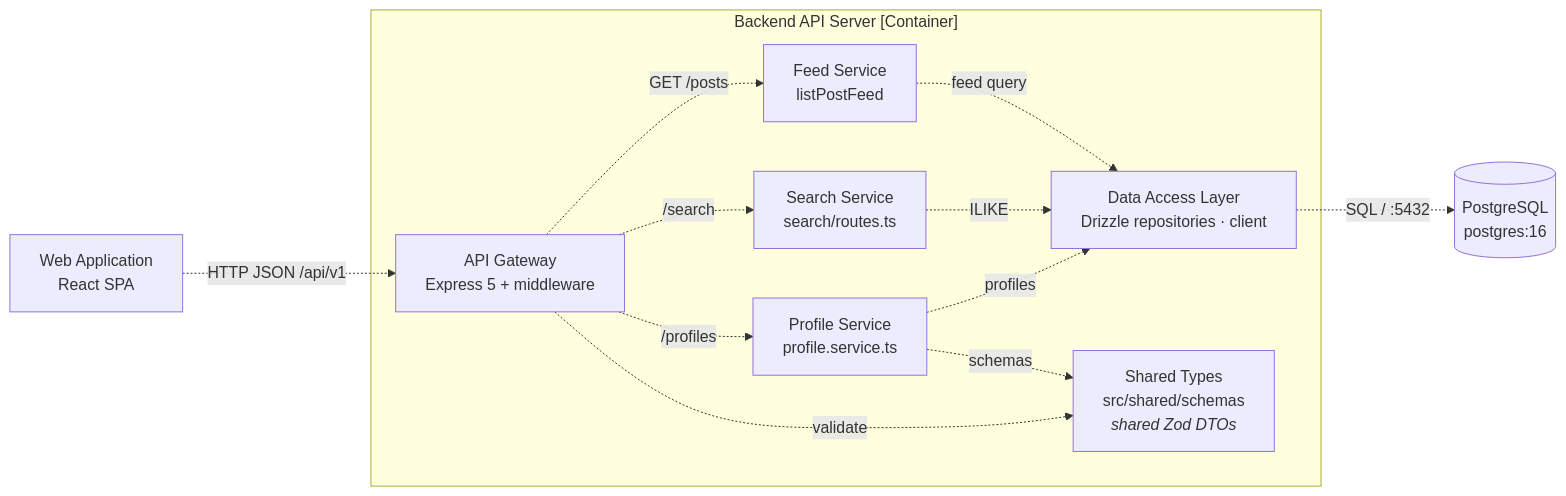
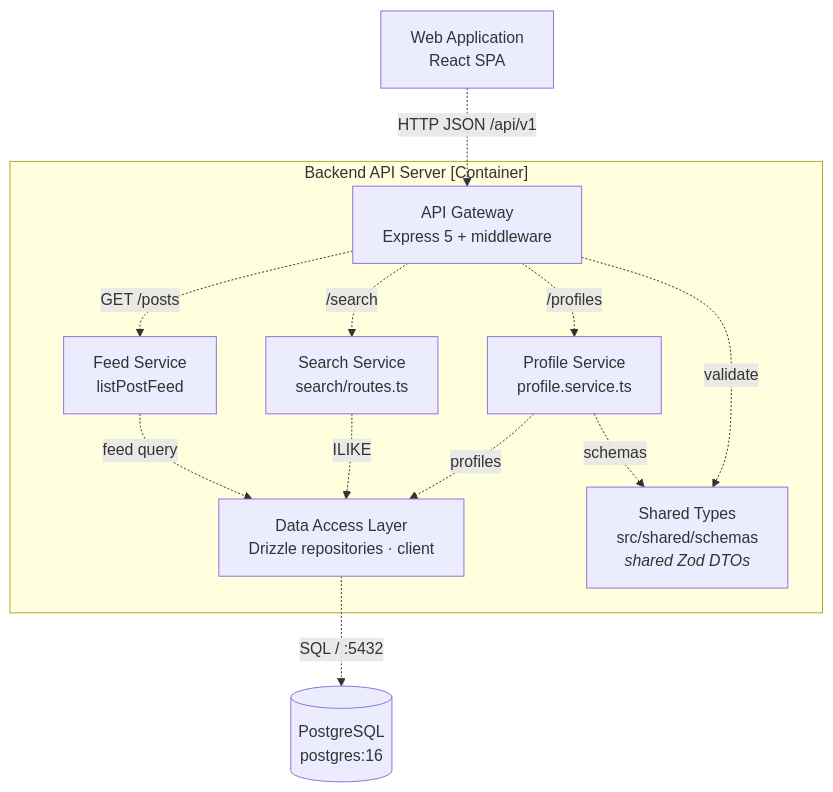
The fourth of 5 diagrams in docs/01 - PA/PA4-Group06/PA4.md (anvn12/FOZ), drawn with Mermaid before and after one commit. The commit also changed other lines of this file, not shown here.

Commit message:
docs: changes diagram from Left right to Top down for better visual

````diff
--- a/docs/01 - PA/PA4-Group06/PA4.md
+++ b/docs/01 - PA/PA4-Group06/PA4.md
@@ -231,29 +231,29 @@
 ```mermaid
-flowchart LR
+flowchart TD
     WebAppBE["Web Application<br/>React SPA"]
     DB_BE[("PostgreSQL<br/>postgres:16")]
 
     subgraph BE["Backend API Server [Container]"]
         Gateway["API Gateway<br/>Express 5 + middleware"]
         Feed["Feed Service<br/>listPostFeed"]
         Search["Search Service<br/>search/routes.ts"]
         Profile["Profile Service<br/>profile.service.ts"]
         DataAccess["Data Access Layer<br/>Drizzle repositories · client"]
         Shared["Shared Types<br/>src/shared/schemas<br/><i>shared Zod DTOs</i>"]
     end
 
     WebAppBE -. "HTTP JSON /api/v1" .-> Gateway
 
     Gateway -. "GET /posts" .-> Feed
     Gateway -. "/search" .-> Search
     Gateway -. "/profiles" .-> Profile
 
     Feed -. "feed query" .-> DataAccess
     Search -. "ILIKE" .-> DataAccess
     Profile -. "profiles" .-> DataAccess
 
     DataAccess -. "SQL / :5432" .-> DB_BE
 
     Gateway -. "validate" .-> Shared
     Profile -. "schemas" .-> Shared
 ```
````
